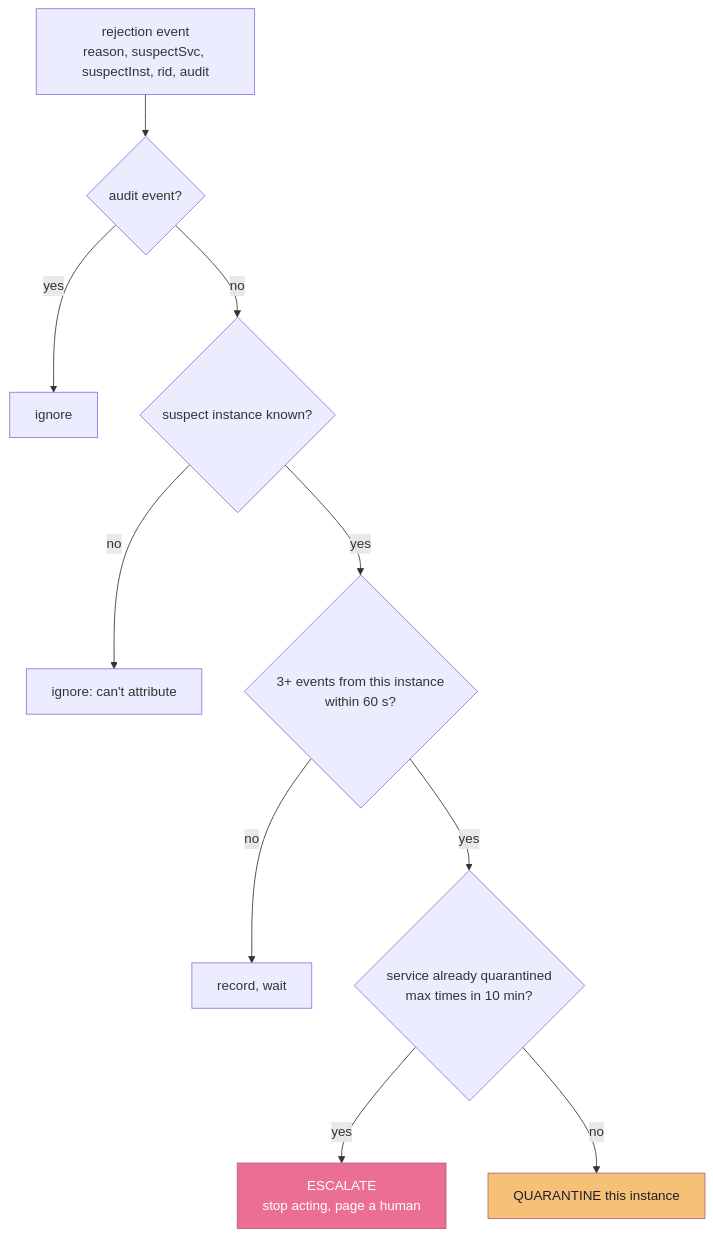
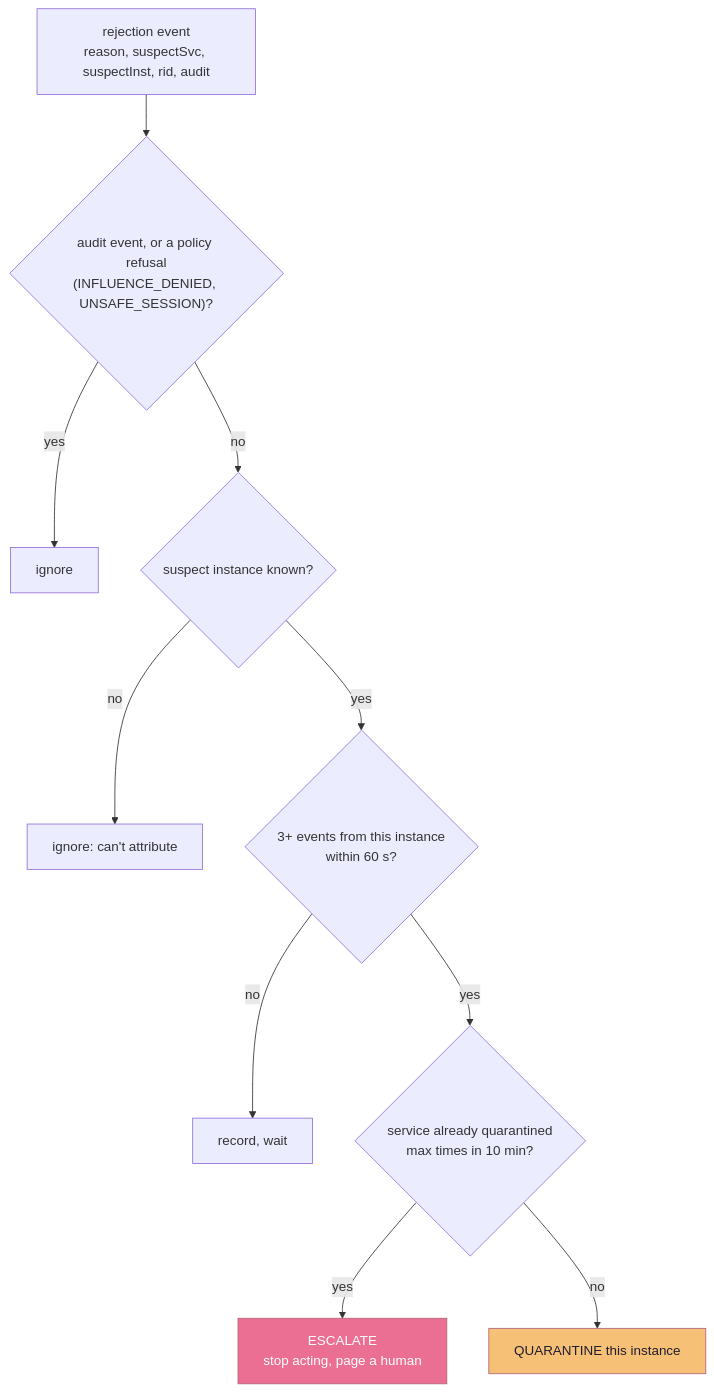
One commit to dumbsly/paztport changed the fifth of 6 diagrams in poc-demos/java-mesh/README.md. Above: the diagram before and after it, drawn with Mermaid. The commit also changed other lines of this file and 8 other files, not shown here.

````diff
--- a/poc-demos/java-mesh/README.md
+++ b/poc-demos/java-mesh/README.md
@@ -222,17 +290,17 @@
 ```mermaid
 flowchart TD
-    E["rejection event<br/>reason, suspectSvc, suspectInst, rid, audit"] --> A{"audit event?"}
+    E["rejection event<br/>reason, suspectSvc, suspectInst, rid, audit"] --> A{"audit event, or a policy refusal<br/>(INFLUENCE_DENIED, UNSAFE_SESSION)?"}
     A -->|yes| N1["ignore"]
     A -->|no| B{"suspect instance known?"}
     B -->|no| N2["ignore: can't attribute"]
     B -->|yes| C{"3+ events from this instance<br/>within 60 s?"}
     C -->|no| N3["record, wait"]
     C -->|yes| D{"service already quarantined<br/>max times in 10 min?"}
     D -->|yes| ESC["ESCALATE<br/>stop acting, page a human"]
     D -->|no| Q["QUARANTINE this instance"]
 
     classDef act fill:#f6c177,stroke:#b4637a,color:#1f1d2e
     classDef esc fill:#eb6f92,stroke:#b4637a,color:#ffffff
     class Q act
     class ESC esc
 ```
````
